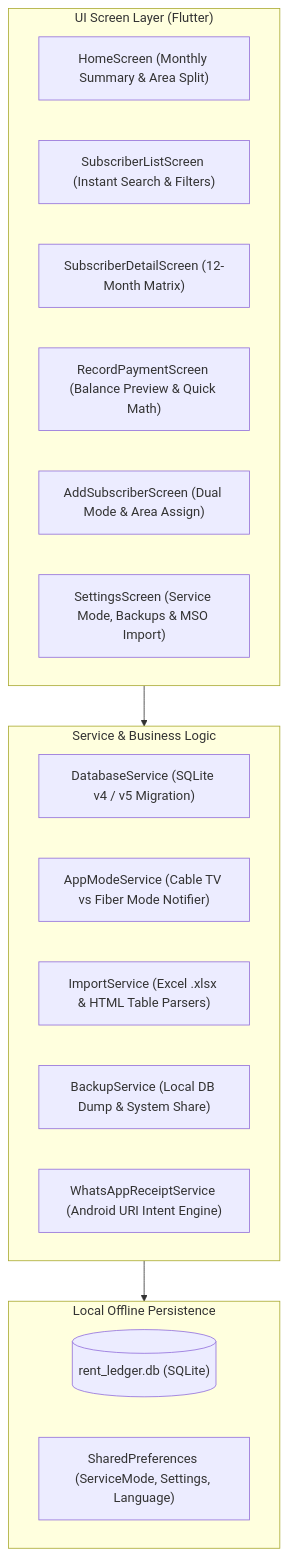
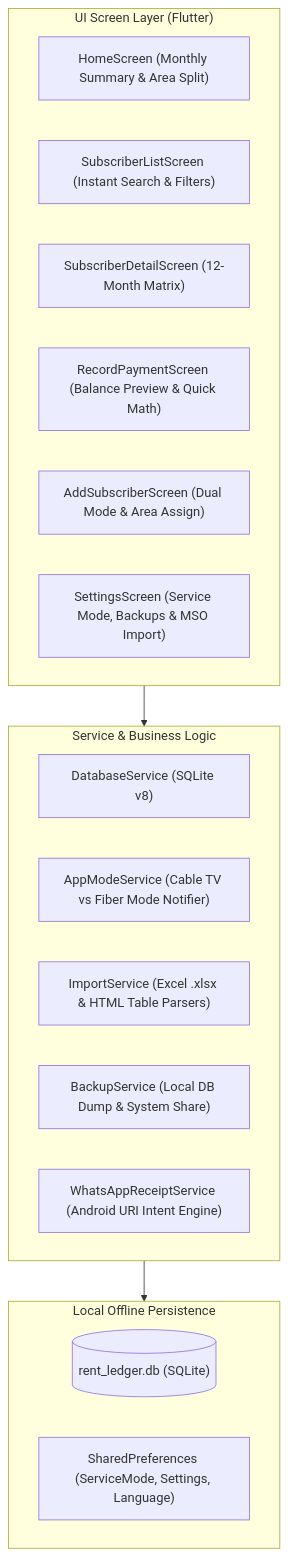
The second of 3 diagrams in product.md (g2m7/collection_book), drawn with Mermaid before and after one commit. The commit also changed other lines of this file and 14 other files, not shown here.

````diff
--- a/product.md
+++ b/product.md
@@ -124,27 +155,27 @@
 ```mermaid
 flowchart TD
     subgraph UI_Layer["UI Screen Layer (Flutter)"]
         A["HomeScreen (Monthly Summary & Area Split)"]
         B["SubscriberListScreen (Instant Search & Filters)"]
         C["SubscriberDetailScreen (12-Month Matrix)"]
         D["RecordPaymentScreen (Balance Preview & Quick Math)"]
         E["AddSubscriberScreen (Dual Mode & Area Assign)"]
         F["SettingsScreen (Service Mode, Backups & MSO Import)"]
     end
 
     subgraph Service_Layer["Service & Business Logic"]
-        G["DatabaseService (SQLite v4 / v5 Migration)"]
+        G["DatabaseService (SQLite v8)"]
         H["AppModeService (Cable TV vs Fiber Mode Notifier)"]
         I["ImportService (Excel .xlsx & HTML Table Parsers)"]
         J["BackupService (Local DB Dump & System Share)"]
         K["WhatsAppReceiptService (Android URI Intent Engine)"]
     end
 
     subgraph Storage_Layer["Local Offline Persistence"]
         L[("rent_ledger.db (SQLite)")]
         M["SharedPreferences (ServiceMode, Settings, Language)"]
     end
 
     UI_Layer --> Service_Layer
     Service_Layer --> Storage_Layer
 ```
````
